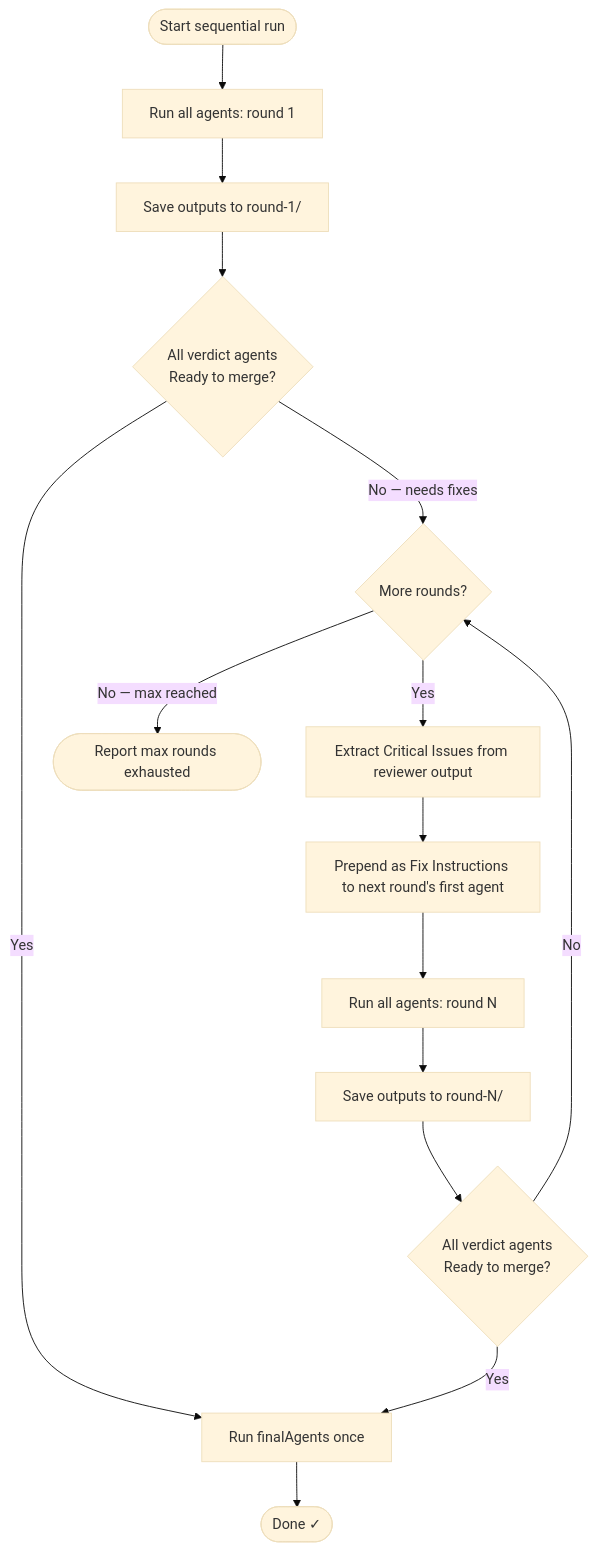
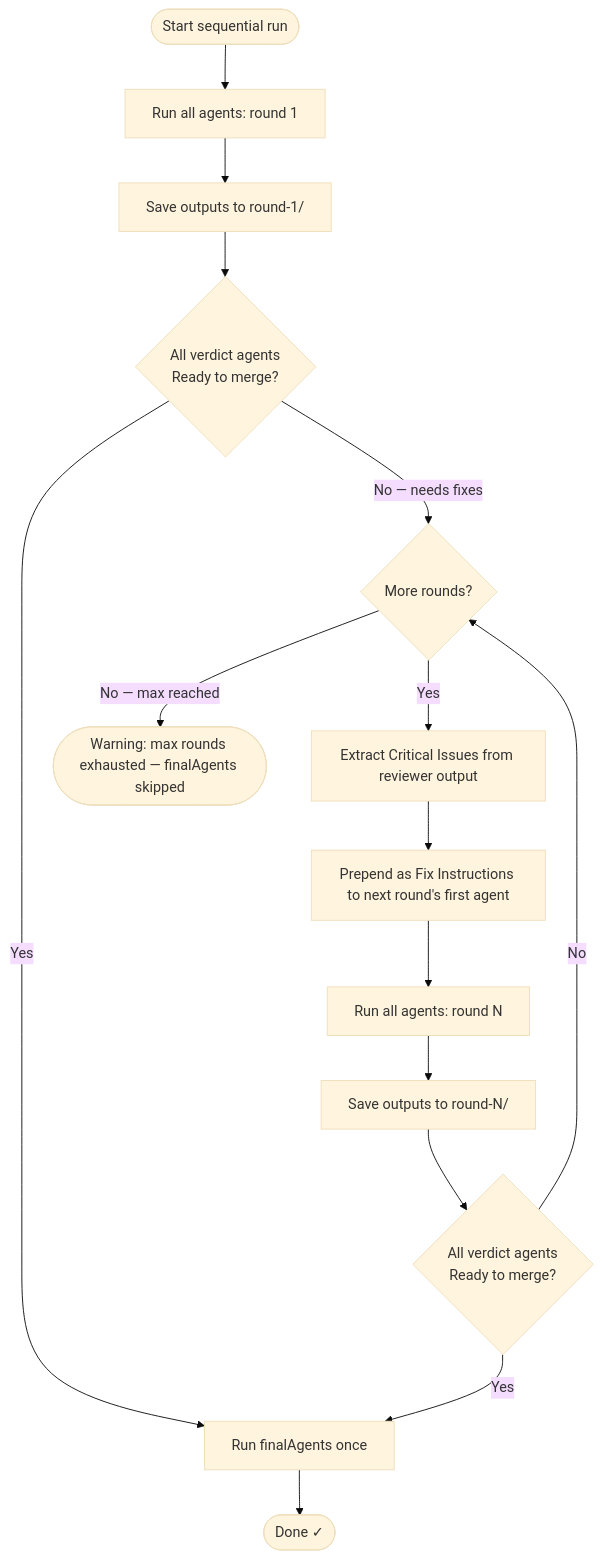
Before and after one commit to reutisr/crews: the fourth of 4 diagrams in docs/architecture.md, drawn with Mermaid (base theme). The commit also changed other lines of this file and 15 other files, not shown here.

Commit message:
fix: skip finalAgents on failed verdict, add frontend-dev agent, remove temperature

````diff
--- a/docs/architecture.md
+++ b/docs/architecture.md
@@ -215,17 +219,17 @@
 ```mermaid
 flowchart TD
     Start([Start sequential run]) --> R1[Run all agents: round 1]
     R1 --> Save1[Save outputs to round-1/]
     Save1 --> V1{All verdict agents\nReady to merge?}
     V1 -->|Yes| FinalAgents[Run finalAgents once]
     FinalAgents --> Done([Done ✓])
     V1 -->|No — needs fixes| Check{More rounds?}
-    Check -->|No — max reached| Exhausted([Report max rounds exhausted])
+    Check -->|No — max reached| Exhausted([Warning: max rounds exhausted — finalAgents skipped])
     Check -->|Yes| Extract[Extract Critical Issues from reviewer output]
     Extract --> Inject[Prepend as Fix Instructions to next round's first agent]
     Inject --> RN[Run all agents: round N]
     RN --> SaveN[Save outputs to round-N/]
     SaveN --> VN{All verdict agents\nReady to merge?}
     VN -->|Yes| FinalAgents
     VN -->|No| Check
 ```
````
